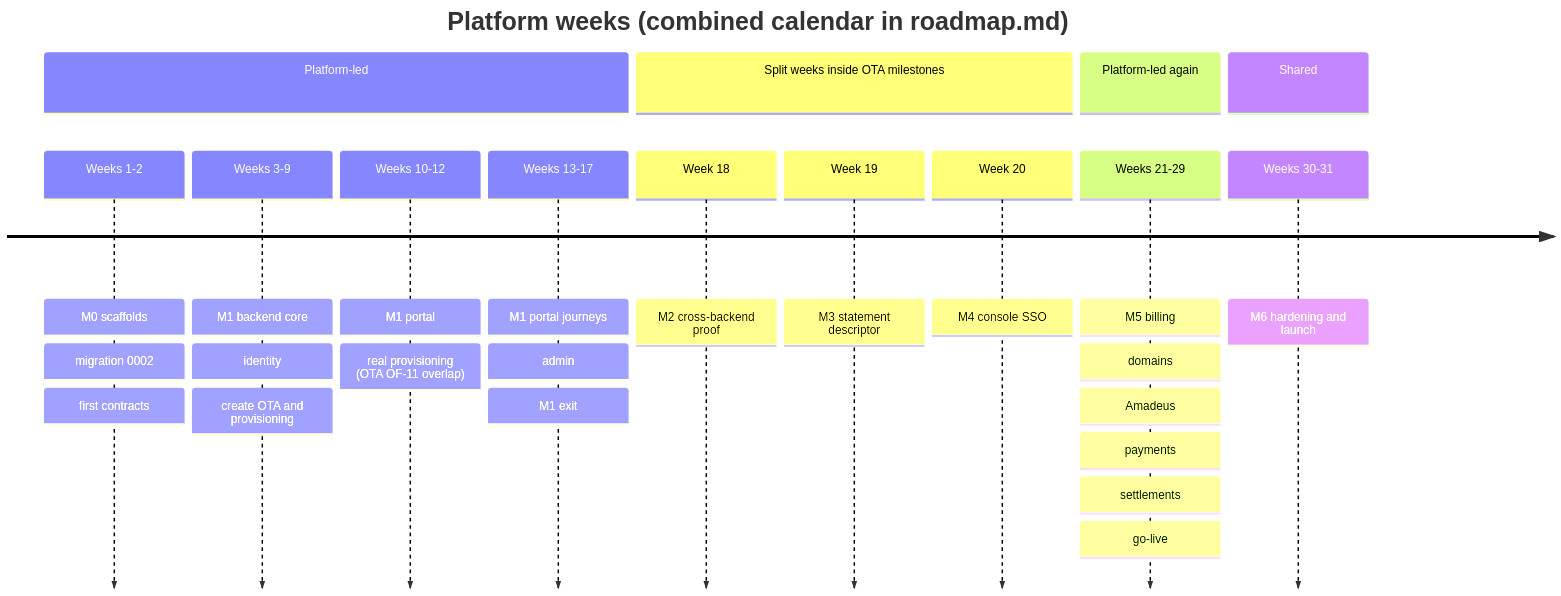
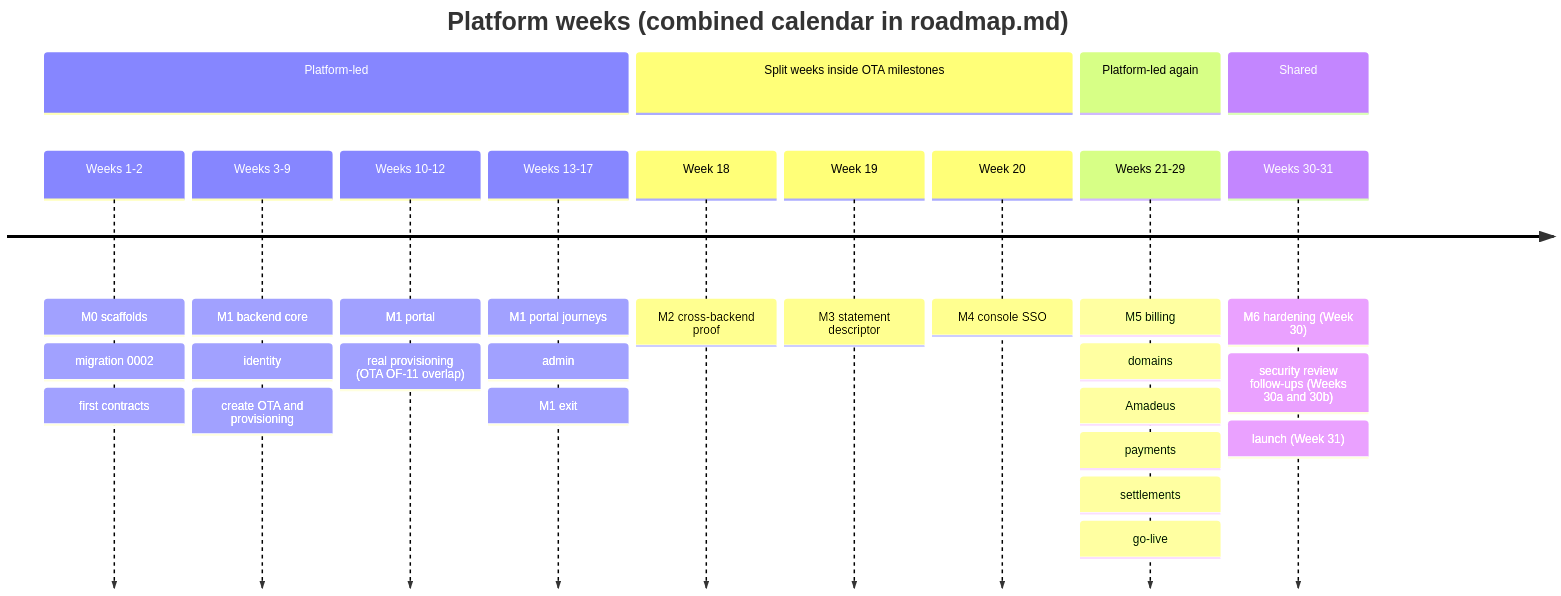
The diagram in platform/docs/plans/solo-developer-plan.md (bhagwati-prasad/velexis-ota), drawn with Mermaid before and after one commit. The commit also changed other lines of this file and 25 other files, not shown here.

````diff
--- a/platform/docs/plans/solo-developer-plan.md
+++ b/platform/docs/plans/solo-developer-plan.md
@@ -58,17 +60,17 @@
 ```mermaid
 timeline
   title Platform weeks (combined calendar in roadmap.md)
   section Platform-led
     Weeks 1-2 : M0 scaffolds : migration 0002 : first contracts
     Weeks 3-9 : M1 backend core : identity : create OTA and provisioning
     Weeks 10-12 : M1 portal : real provisioning (OTA OF-11 overlap)
     Weeks 13-17 : M1 portal journeys : admin : M1 exit
   section Split weeks inside OTA milestones
     Week 18 : M2 cross-backend proof
     Week 19 : M3 statement descriptor
     Week 20 : M4 console SSO
   section Platform-led again
     Weeks 21-29 : M5 billing : domains : Amadeus : payments : settlements : go-live
   section Shared
-    Weeks 30-31 : M6 hardening and launch
+    Weeks 30-31 : M6 hardening (Week 30) : security review follow-ups (Weeks 30a and 30b) : launch (Week 31)
 ```
````
